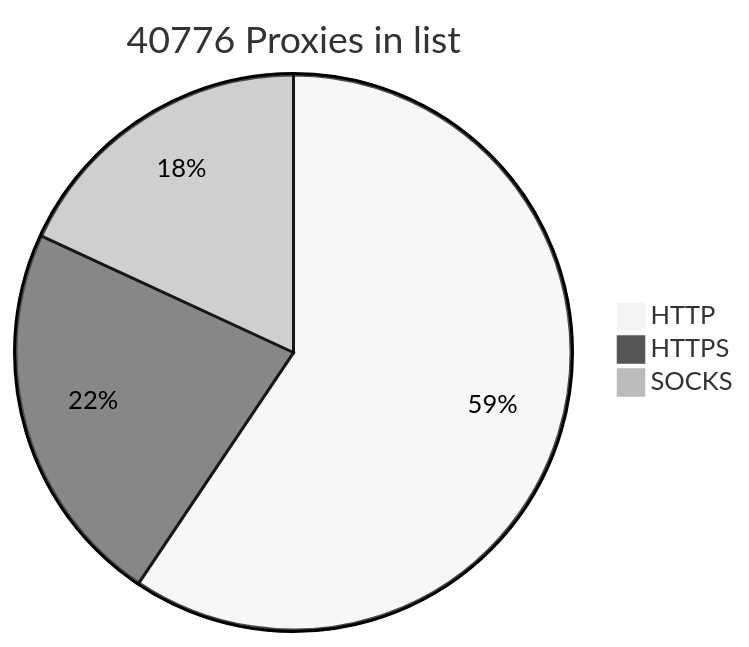
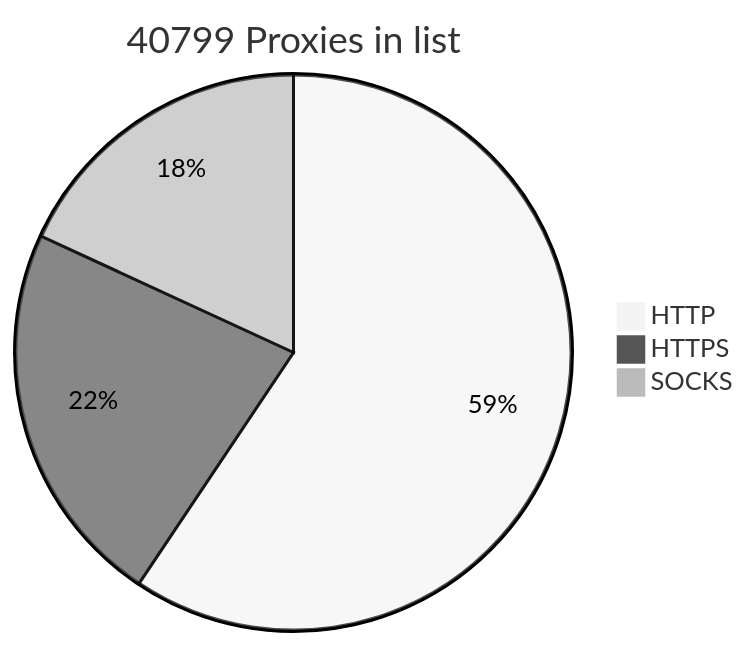
Before and after one commit to BlackSnowDot/proxylist-update-every-minute: the diagram in README.md, drawn with Mermaid (neutral theme).

````diff
--- a/README.md
+++ b/README.md
@@ -2,6 +2,6 @@
 ```mermaid
-pie title 40776 Proxies in list
-    "HTTP" : 28410
-    "HTTPS": 10754
-    "SOCKS" : 8660
+pie title 40799 Proxies in list
+    "HTTP" : 28416
+    "HTTPS": 10765
+    "SOCKS" : 8673
 ```
````
